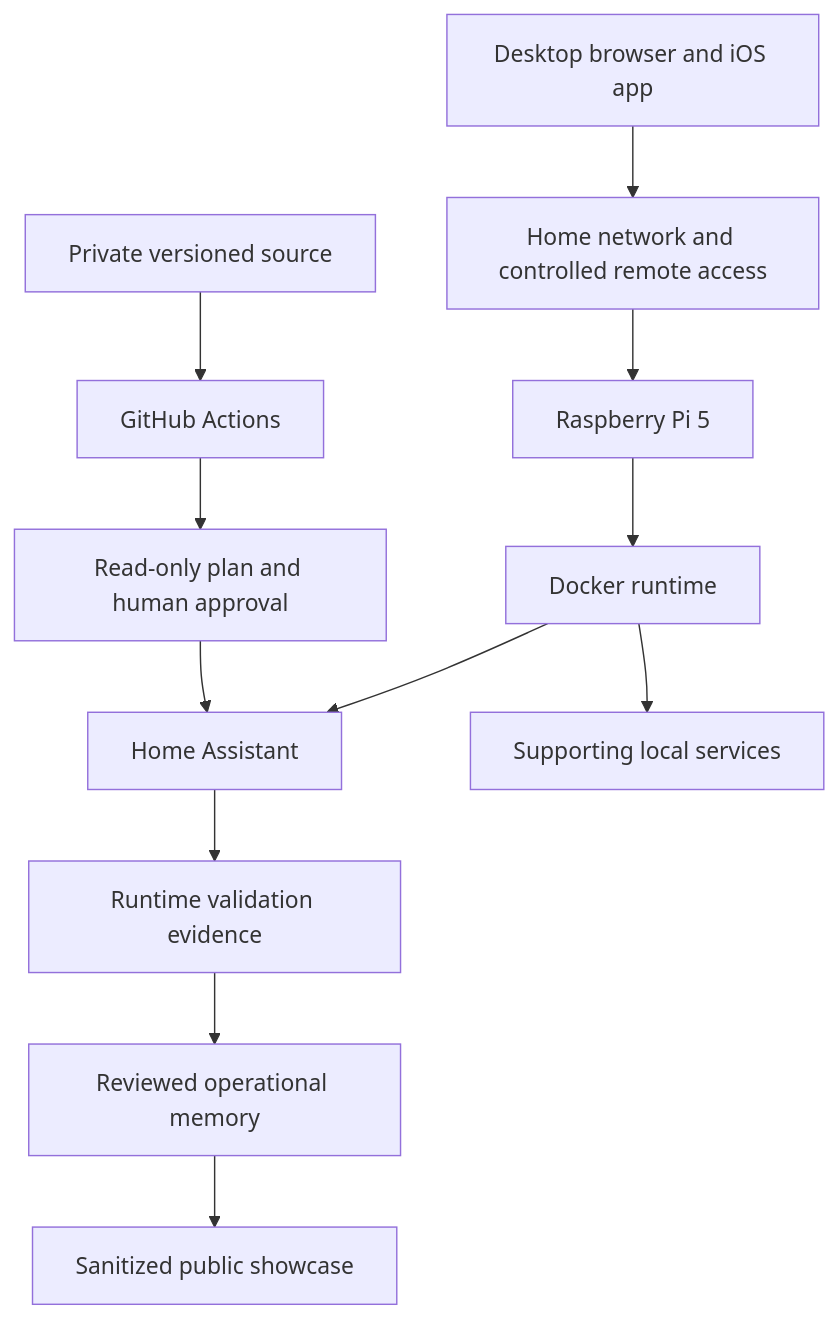
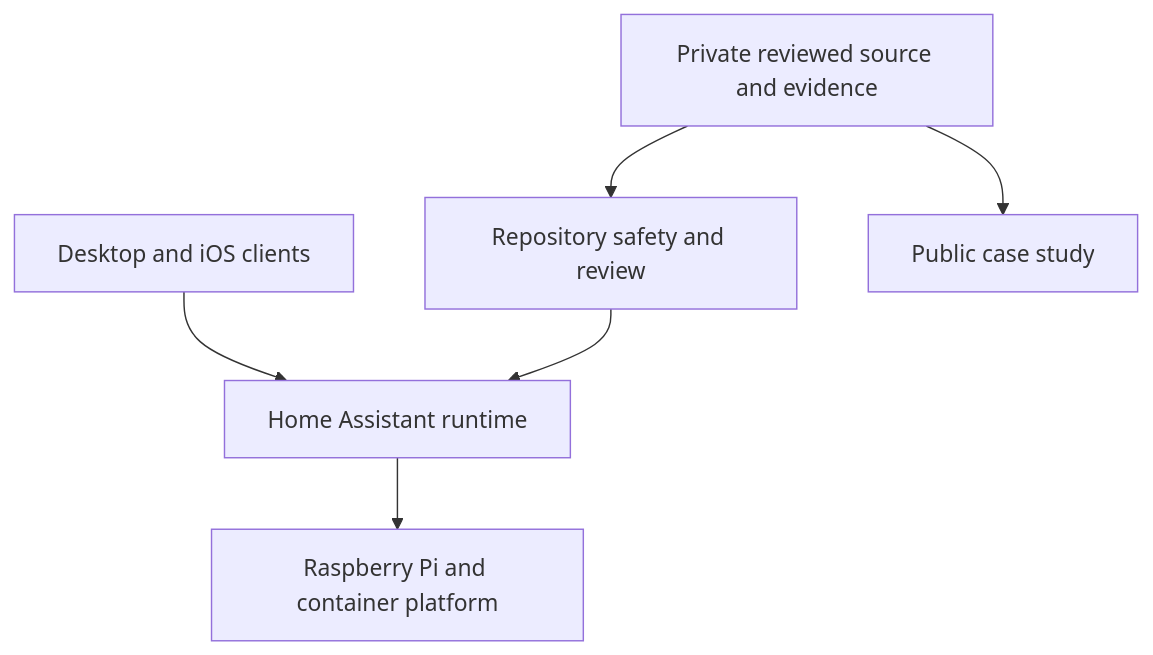
The first of 2 diagrams in docs/architecture.md (Charles-drZ/raspberry-home-showcase), drawn with Mermaid before and after one commit. The commit also changed other lines of this file, not shown here.

Commit message:
docs: simplify public architecture detail

````diff
--- a/docs/architecture.md
+++ b/docs/architecture.md
@@ -7,25 +7,15 @@
 ```mermaid
 flowchart TB
-    CLIENTS[Desktop browser and iOS app]
-    NETWORK[Home network and controlled remote access]
-    PI[Raspberry Pi 5]
-    DOCKER[Docker runtime]
-    HA[Home Assistant]
-    SUPPORT[Supporting local services]
-    GIT[Private versioned source]
-    CI[GitHub Actions]
-    DOCS[Reviewed operational memory]
-    PUBLIC[Sanitized public showcase]
+    CLIENTS[Desktop and iOS clients]
+    PLATFORM[Raspberry Pi and container platform]
+    HOME[Home Assistant runtime]
+    PRIVATE[Private reviewed source and evidence]
+    CHECKS[Repository safety and review]
+    PUBLIC[Public case study]
 
-    CLIENTS --> NETWORK
-    NETWORK --> PI
-    PI --> DOCKER
-    DOCKER --> HA
-    DOCKER --> SUPPORT
-    GIT --> CI
-    CI --> PLAN[Read-only plan and human approval]
-    PLAN --> HA
-    HA --> EVIDENCE[Runtime validation evidence]
-    EVIDENCE --> DOCS
-    DOCS --> PUBLIC
+    CLIENTS --> HOME
+    HOME --> PLATFORM
+    PRIVATE --> CHECKS
+    CHECKS --> HOME
+    PRIVATE --> PUBLIC
 ```
````
